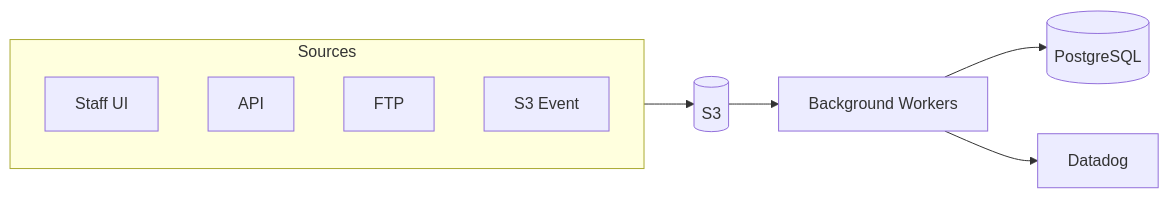
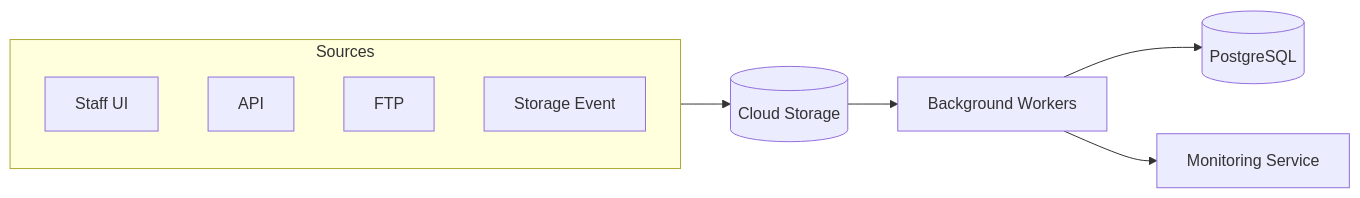
One commit to navapbc/oscer changed the first of 5 diagrams in docs/architecture/batch-upload/batch-upload.md. Above: the diagram before and after it, drawn with Mermaid. The commit also changed other lines of this file, not shown here.

````diff
--- a/docs/architecture/batch-upload/batch-upload.md
+++ b/docs/architecture/batch-upload/batch-upload.md
@@ -15,10 +16,10 @@
 ```mermaid
 flowchart LR
     subgraph sources [Sources]
-        UI[Staff UI] & API[API] & FTP[FTP] & S3E[S3 Event]
+        UI[Staff UI] & API[API] & FTP[FTP] & Event[Storage Event]
     end
-    sources --> S3[(S3)]
-    S3 --> Workers[Background Workers]
+    sources --> Storage[(Cloud Storage)]
+    Storage --> Workers[Background Workers]
     Workers --> DB[(PostgreSQL)]
-    Workers --> APM[Datadog]
+    Workers --> Monitoring[Monitoring Service]
 ```
````
